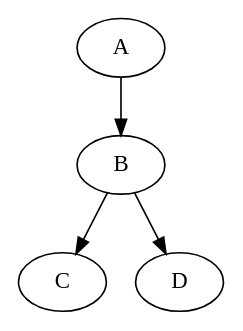
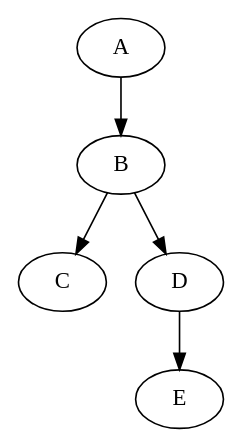
The diagram in firsttrt.md (FcAYH/CodeForVSC), drawn with Graphviz before and after one commit. The commit also changed other lines of this file and 53 other files, not shown here.

````diff
--- a/firsttrt.md
+++ b/firsttrt.md
@@ -86,8 +105,9 @@
 ```dot
 digraph G
 {
     A -> B
     B -> C
     B -> D
+    D -> E
 }
 ```
````
